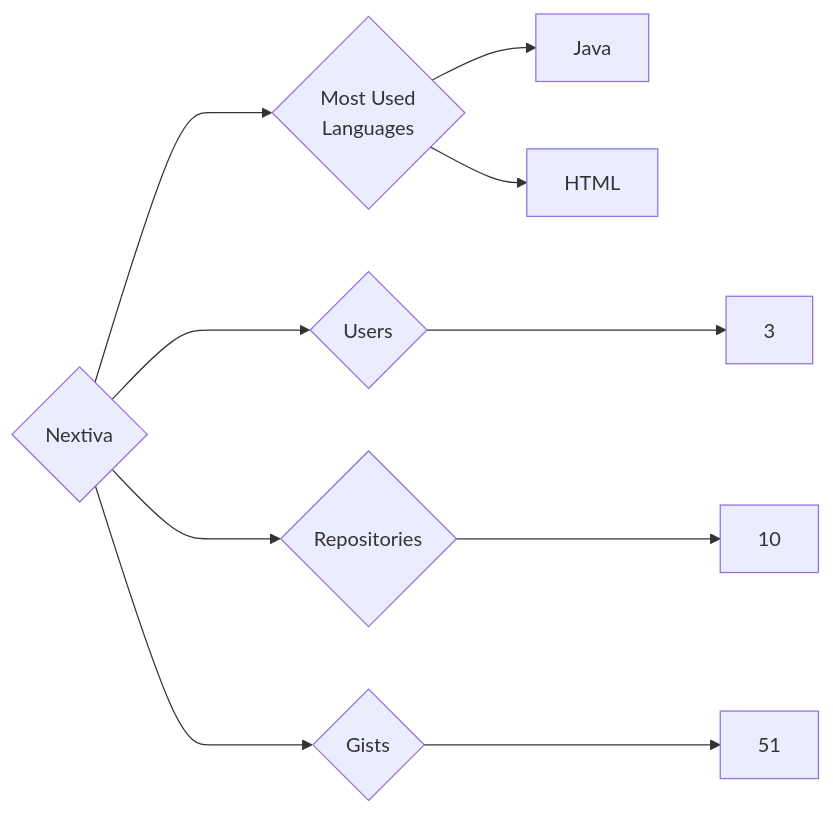
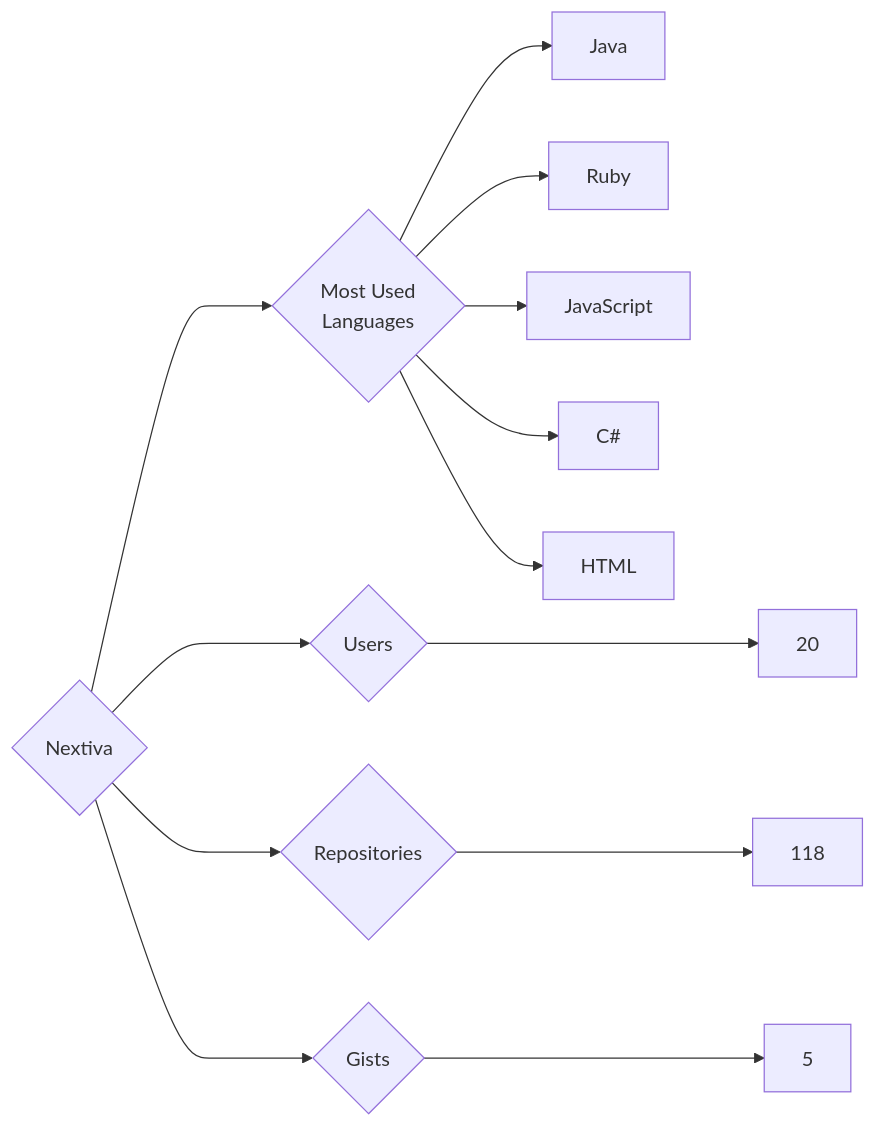
Before and after one commit to trickest/insiders: the diagram in targets/Nextiva/README.md, drawn with Mermaid. The commit also changed 582 other files, not shown here.

````diff
--- a/targets/Nextiva/README.md
+++ b/targets/Nextiva/README.md
@@ -3,10 +3,13 @@
 ```mermaid
 graph LR
 COMPANY_NAME{Nextiva}
-COMPANY_NAME ---> U{Users} ---> UN[3]
-COMPANY_NAME ---> R{Repositories} ---> RN[10]
-COMPANY_NAME ---> G{Gists} ---> GN[51]
+COMPANY_NAME ---> U{Users} ---> UN[20]
+COMPANY_NAME ---> R{Repositories} ---> RN[118]
+COMPANY_NAME ---> G{Gists} ---> GN[5]
 COMPANY_NAME ---> ML{Most Used<br>Languages}
 ML --> Java[Java]
+ML --> Ruby[Ruby]
+ML --> JavaScript[JavaScript]
+ML --> C#[C#]
 ML --> HTML[HTML]
 ```
````
